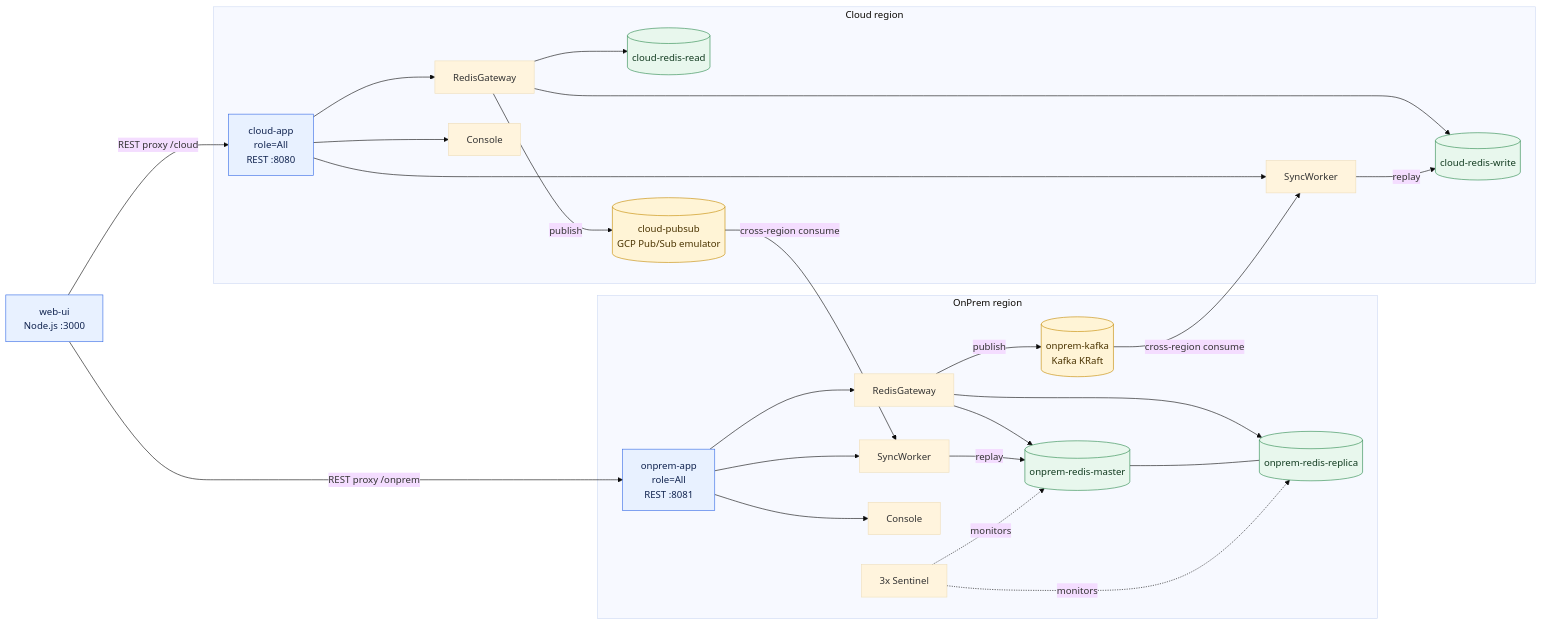
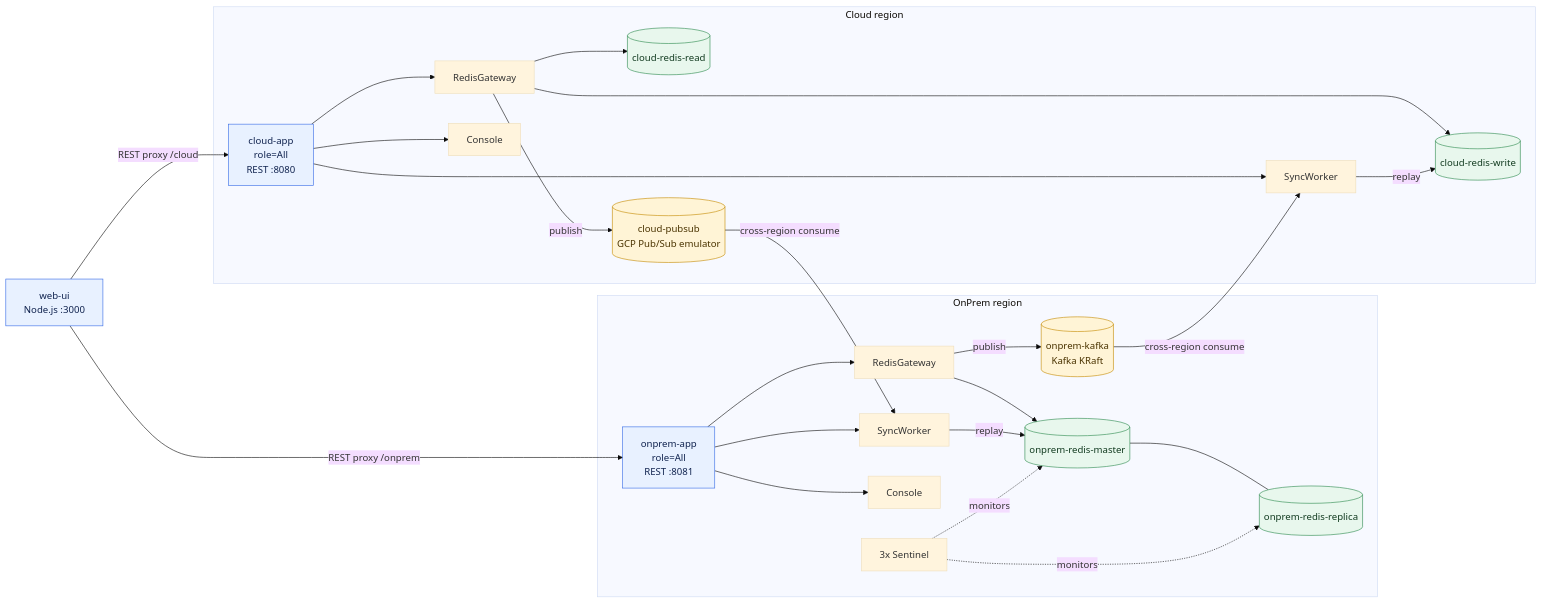
Before and after one commit to khcjump/poc-redis-camellia: the diagram in README.md, drawn with Mermaid (base theme). The commit also changed other lines of this file, not shown here.

````diff
--- a/README.md
+++ b/README.md
@@ -31,58 +31,54 @@
 ```mermaid
 flowchart LR
     webui["web-ui<br/>Node.js :3000"]
 
     subgraph onprem["OnPrem region"]
         onpremApp["onprem-app<br/>role=All<br/>REST :8081"]
         onpremGateway["RedisGateway"]
         onpremWorker["SyncWorker"]
         onpremConsole["Console"]
         onpremMaster[("onprem-redis-master")]
         onpremReplica[("onprem-redis-replica")]
         onpremSentinel["3x Sentinel"]
         onpremKafka[("onprem-kafka<br/>Kafka KRaft")]
 
         onpremApp --> onpremGateway
         onpremApp --> onpremWorker
         onpremApp --> onpremConsole
         onpremGateway --> onpremMaster
-        onpremGateway --> onpremReplica
         onpremGateway -->|publish| onpremKafka
         onpremWorker -->|replay| onpremMaster
         onpremMaster --- onpremReplica
         onpremSentinel -. monitors .-> onpremMaster
         onpremSentinel -. monitors .-> onpremReplica
     end
-    
+
     subgraph cloud["Cloud region"]
         cloudApp["cloud-app<br/>role=All<br/>REST :8080"]
         cloudGateway["RedisGateway"]
         cloudWorker["SyncWorker"]
         cloudConsole["Console"]
         cloudWrite[("cloud-redis-write")]
         cloudRead[("cloud-redis-read")]
         cloudPubSub[("cloud-pubsub<br/>GCP Pub/Sub emulator")]
 
         cloudApp --> cloudGateway
         cloudApp --> cloudWorker
         cloudApp --> cloudConsole
         cloudGateway --> cloudWrite
         cloudGateway --> cloudRead
         cloudGateway -->|publish| cloudPubSub
         cloudWorker -->|replay| cloudWrite
     end
-
-
-
     webui -->|REST proxy /cloud| cloudApp
     webui -->|REST proxy /onprem| onpremApp
     cloudPubSub -->|cross-region consume| onpremWorker
     onpremKafka -->|cross-region consume| cloudWorker
 
     classDef app fill:#e8f1ff,stroke:#356ae6,color:#10234f
     classDef queue fill:#fff4d6,stroke:#c58a00,color:#4a3300
     classDef redis fill:#e8f7ed,stroke:#2d8a4e,color:#123b20
     class cloudApp,onpremApp,webui app
     class cloudPubSub,onpremKafka queue
     class cloudWrite,cloudRead,onpremMaster,onpremReplica redis
 ```
````
